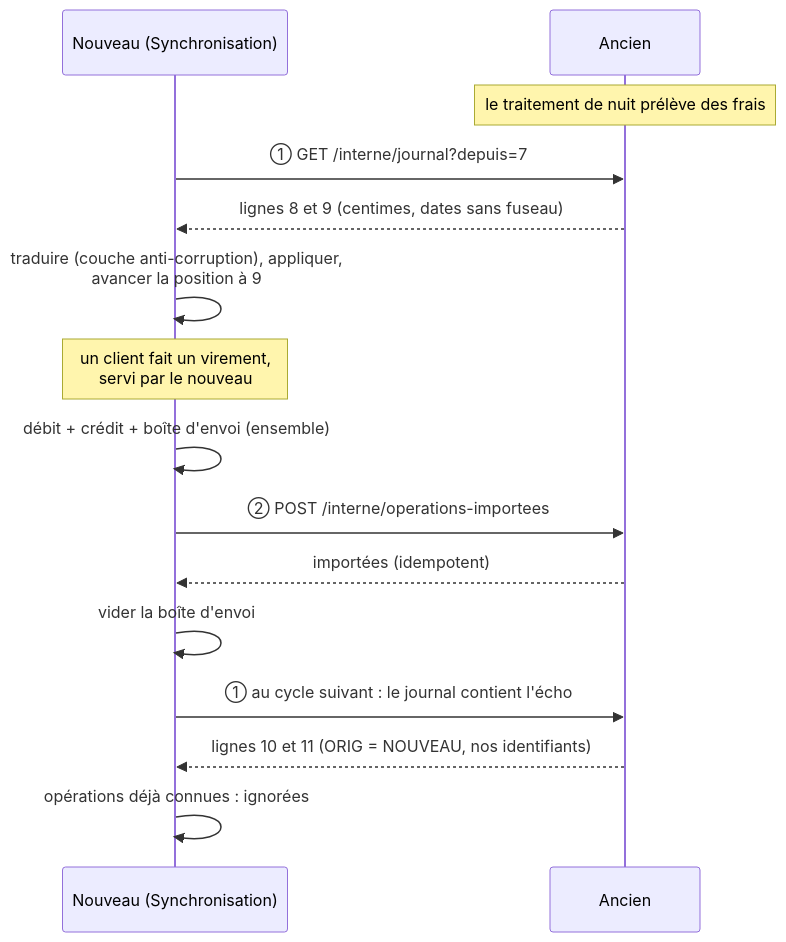
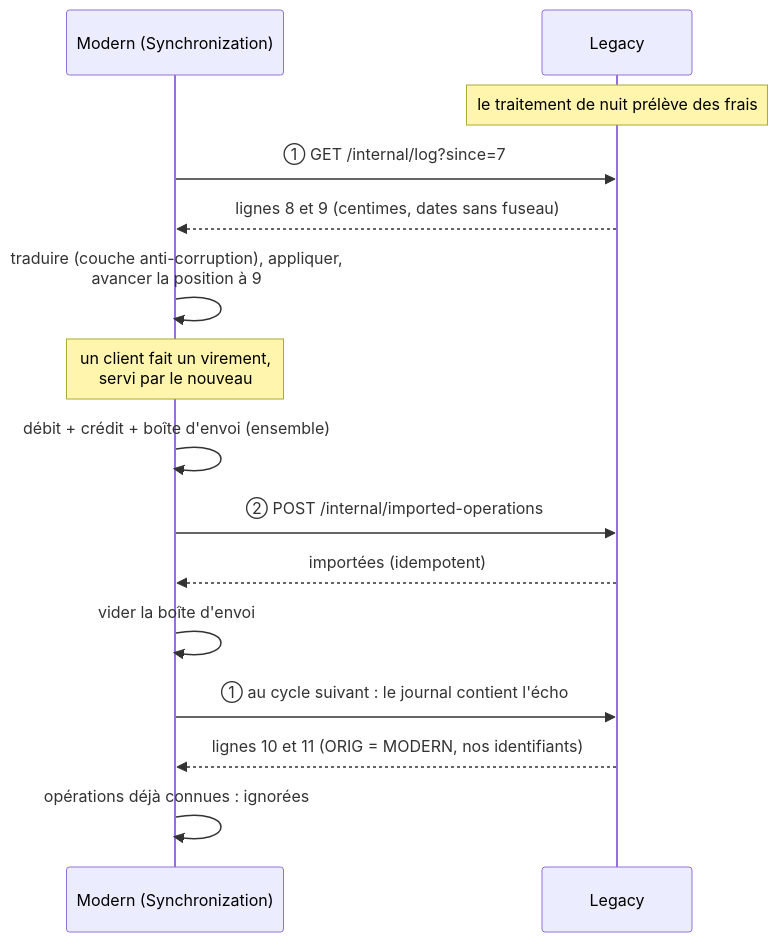
One commit to drangoht/ArchitecturesDemo changed the fourth of 4 diagrams in Docs/22-strangler-fig.md. Above: the diagram before and after it, drawn with Mermaid. The commit also changed other lines of this file and 70 other files, not shown here.

Commit message:
Docs FR : identifiants, liens, diagrammes et sorties alignés sur le code anglais

````diff
--- a/Docs/22-strangler-fig.md
+++ b/Docs/22-strangler-fig.md
@@ -164,17 +164,17 @@
 ```mermaid
 sequenceDiagram
-    participant N as Nouveau (Synchronisation)
-    participant A as Ancien
+    participant N as Modern (Synchronization)
+    participant A as Legacy
     Note over A: le traitement de nuit prélève des frais
-    N->>A: ① GET /interne/journal?depuis=7
+    N->>A: ① GET /internal/log?since=7
     A-->>N: lignes 8 et 9 (centimes, dates sans fuseau)
     N->>N: traduire (couche anti-corruption), appliquer,<br/>avancer la position à 9
     Note over N: un client fait un virement,<br/>servi par le nouveau
     N->>N: débit + crédit + boîte d'envoi (ensemble)
-    N->>A: ② POST /interne/operations-importees
+    N->>A: ② POST /internal/imported-operations
     A-->>N: importées (idempotent)
     N->>N: vider la boîte d'envoi
     N->>A: ① au cycle suivant : le journal contient l'écho
-    A-->>N: lignes 10 et 11 (ORIG = NOUVEAU, nos identifiants)
+    A-->>N: lignes 10 et 11 (ORIG = MODERN, nos identifiants)
     N->>N: opérations déjà connues : ignorées
 ```
````
